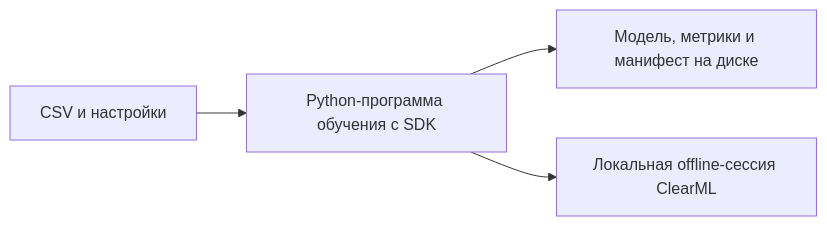
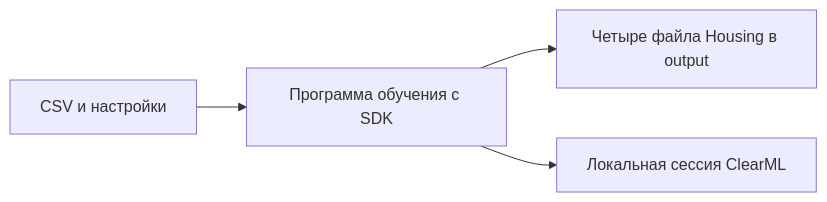
The first of 2 diagrams in modules/06-clearml/README.md (Karambollla/MLops-course), drawn with Mermaid before and after one commit. The commit also changed other lines of this file and 69 other files, not shown here.

````diff
--- a/modules/06-clearml/README.md
+++ b/modules/06-clearml/README.md
@@ -157,6 +73,6 @@
 ```mermaid
 flowchart LR
-    D["CSV и настройки"] --> P["Python-программа обучения с SDK"]
-    P --> F["Модель, метрики и манифест на диске"]
-    P --> C["Локальная offline-сессия ClearML"]
+    D[CSV и настройки] --> P[Программа обучения с SDK]
+    P --> F[Четыре файла Housing в output]
+    P --> C[Локальная сессия ClearML]
 ```
````
